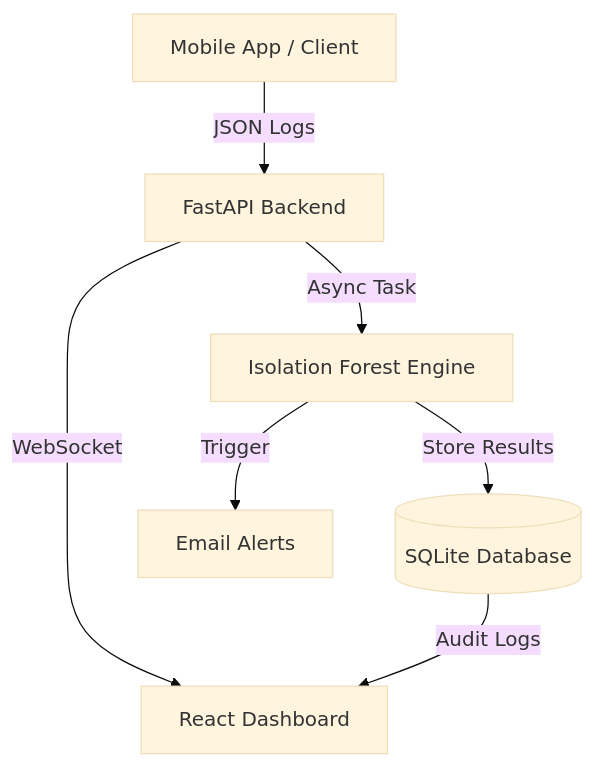
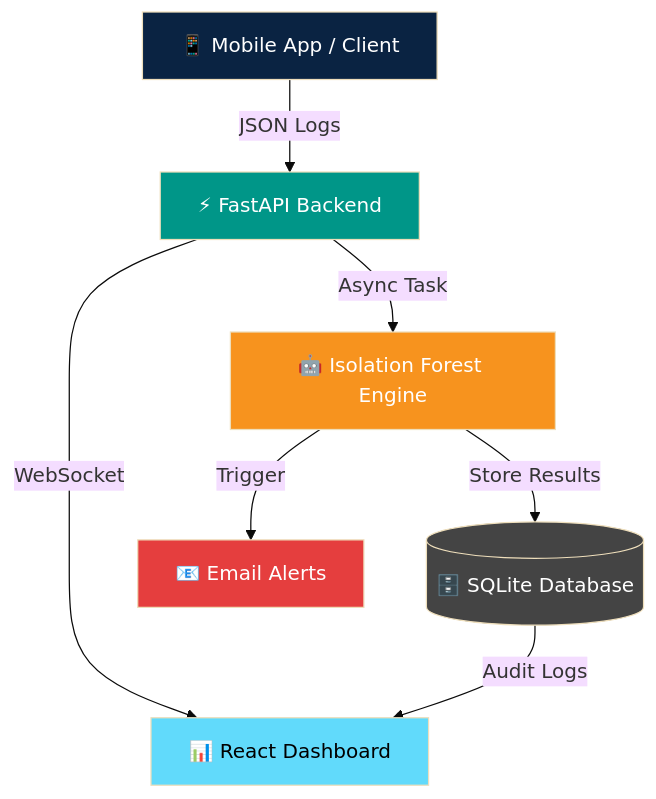
One commit to Ayoublaa/mobile changed the diagram in README.md. Above: the diagram before and after it, drawn with Mermaid (base theme). The commit also changed other lines of this file, not shown here.

````diff
--- a/README.md
+++ b/README.md
@@ -15,9 +52,16 @@
 ```mermaid
 graph TD
-    A[Mobile App / Client] -->|JSON Logs| B[FastAPI Backend]
-    B -->|Async Task| C[Isolation Forest Engine]
-    C -->|Store Results| D[(SQLite Database)]
-    B -->|WebSocket| E[React Dashboard]
+    A[📱 Mobile App / Client] -->|JSON Logs| B[⚡ FastAPI Backend]
+    B -->|Async Task| C[🤖 Isolation Forest Engine]
+    C -->|Store Results| D[(🗄️ SQLite Database)]
+    B -->|WebSocket| E[📊 React Dashboard]
     D -->|Audit Logs| E
-    C -->|Trigger| F[Email Alerts]
+    C -->|Trigger| F[📧 Email Alerts]
+
+    style A fill:#0A2342,color:#fff
+    style B fill:#009688,color:#fff
+    style C fill:#F7931E,color:#fff
+    style D fill:#444,color:#fff
+    style E fill:#61DAFB,color:#000
+    style F fill:#E53E3E,color:#fff
 ```
````
